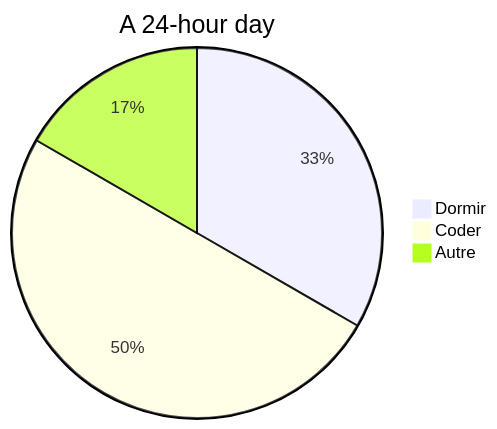
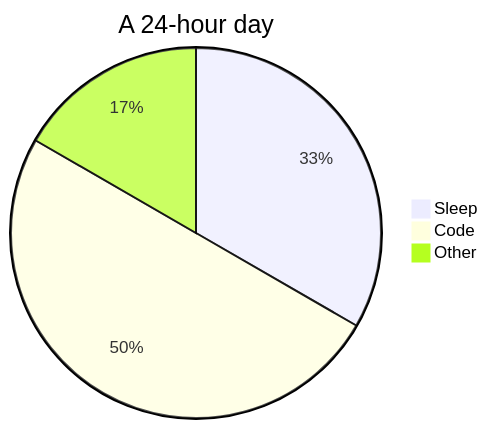
One commit to tom-tamen/tom-tamen changed the diagram in README.md. Above: the diagram before and after it, drawn with Mermaid. The commit also changed other lines of this file, not shown here.

````diff
--- a/README.md
+++ b/README.md
@@ -63,6 +63,6 @@
 ```mermaid
 pie title A 24-hour day
-    "Dormir" : 8
-    "Coder" : 12
-    "Autre" : 4
+    "Sleep" : 8
+    "Code" : 12
+    "Other" : 4
 ```
````
